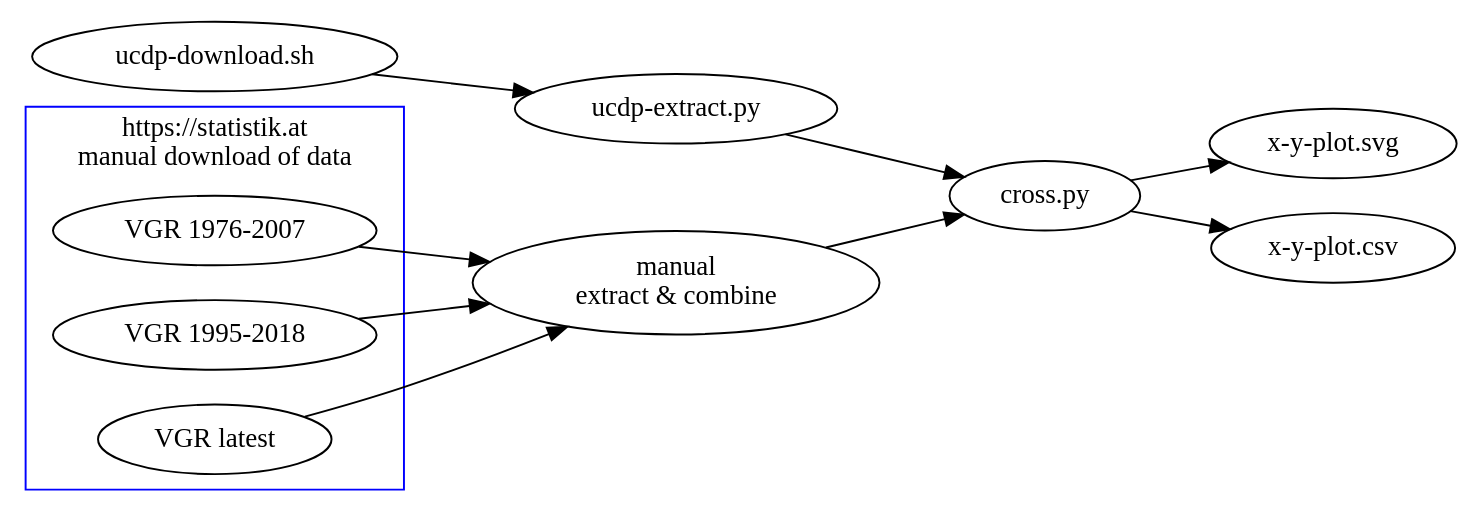
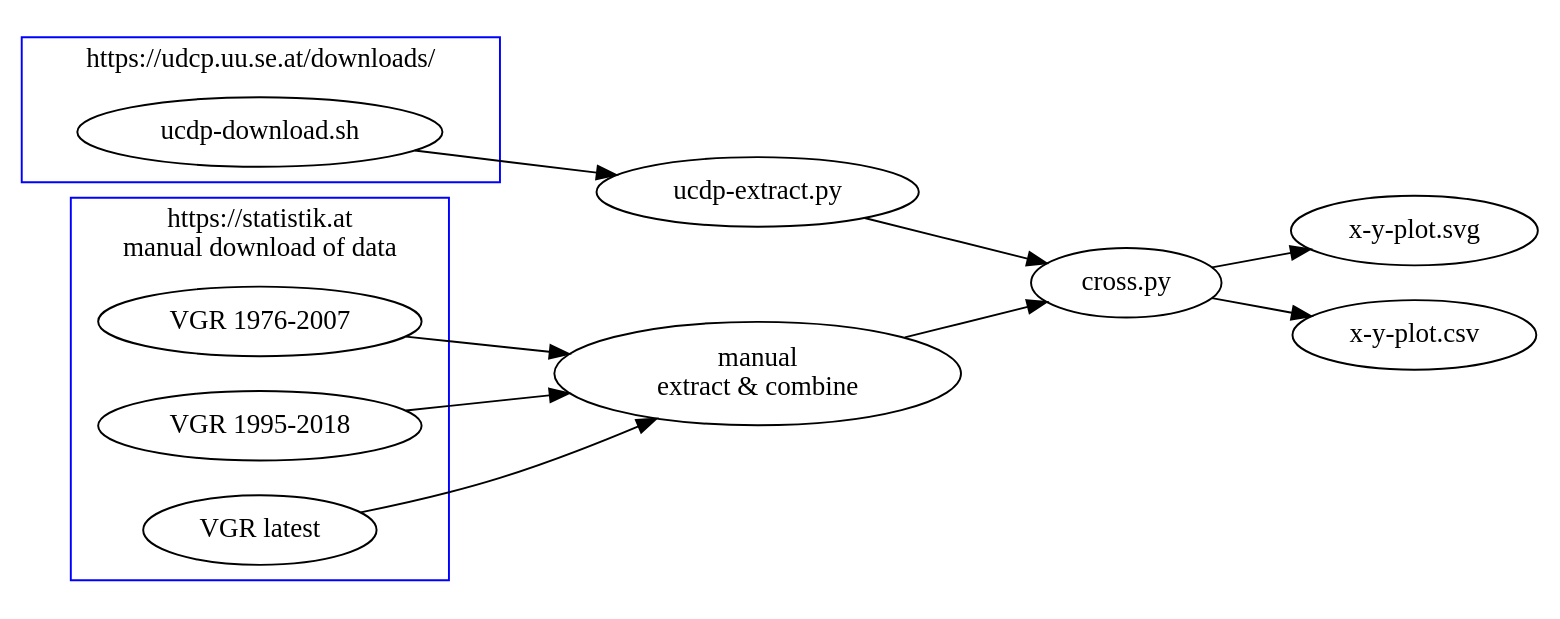
The diagram in dataflow-overview.dot (qyanu/2021-gdp-vs-ucdp), drawn with Graphviz before and after one commit. The commit also changed 24 other files, not shown here.

```diff
--- a/dataflow-overview.dot
+++ b/dataflow-overview.dot
@@ -1,30 +1,36 @@
 digraph G {
     compound = true;
     rankdir = "LR";
 
+    subgraph cluster_sub1 {
+        label = "https://udcp.uu.se.at/downloads/";
+        color=blue;
+        download_ucdp [label="ucdp-download.sh"];
+    }
+
     download_ucdp -> extract_ucdp;
-    download_ucdp [label="ucdp-download.sh"];
+    
     extract_ucdp [label="ucdp-extract.py"];
 
     combine [label="manual\nextract & combine"]
 
     extract_ucdp -> cross
 
-    subgraph cluster_sub1 {
+    subgraph cluster_sub2 {
         label = "https://statistik.at\nmanual download of data";
         color=blue;
         sna_at_1 [label="VGR 1976-2007"];
         sna_at_2 [label="VGR 1995-2018"];
         sna_at_3 [label="VGR latest"];
     }
     sna_at_1 -> combine;
     sna_at_2 -> combine;
     sna_at_3 -> combine;
 
     combine -> cross
 
     cross -> "x-y-plot.svg"
     cross -> "x-y-plot.csv"
 
     cross [label="cross.py"];
 }
```
